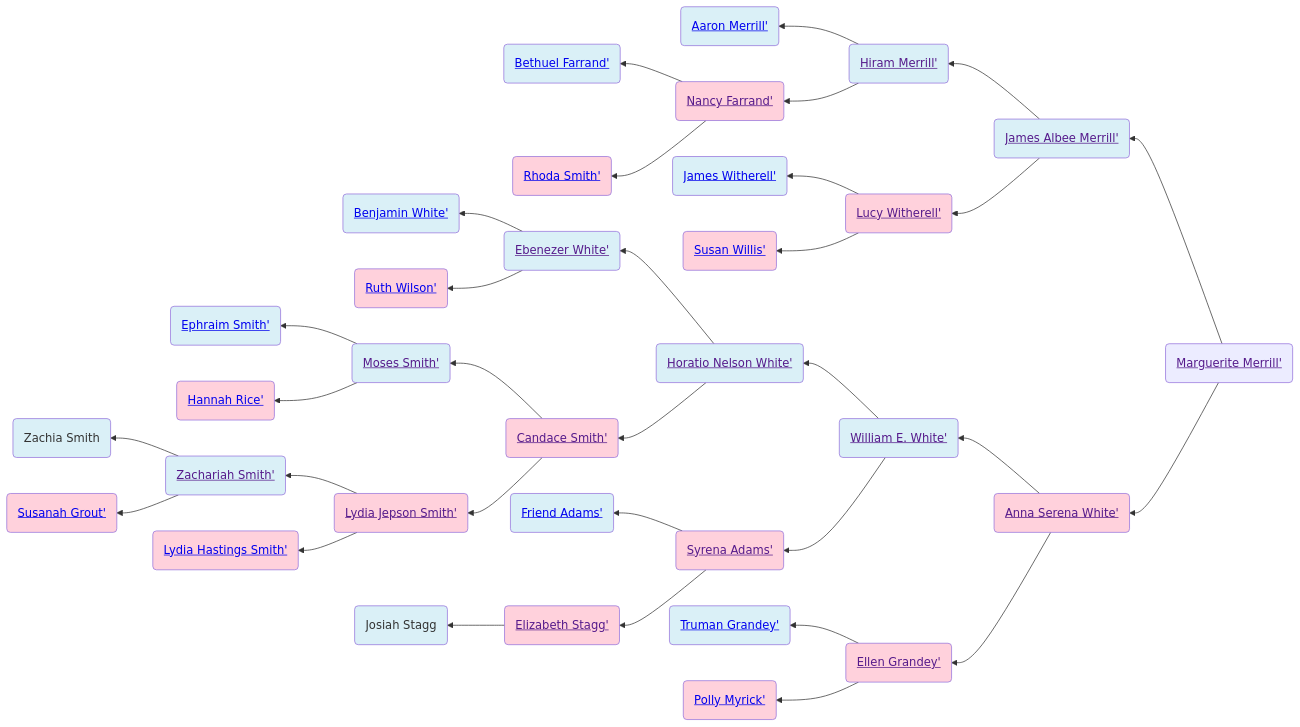
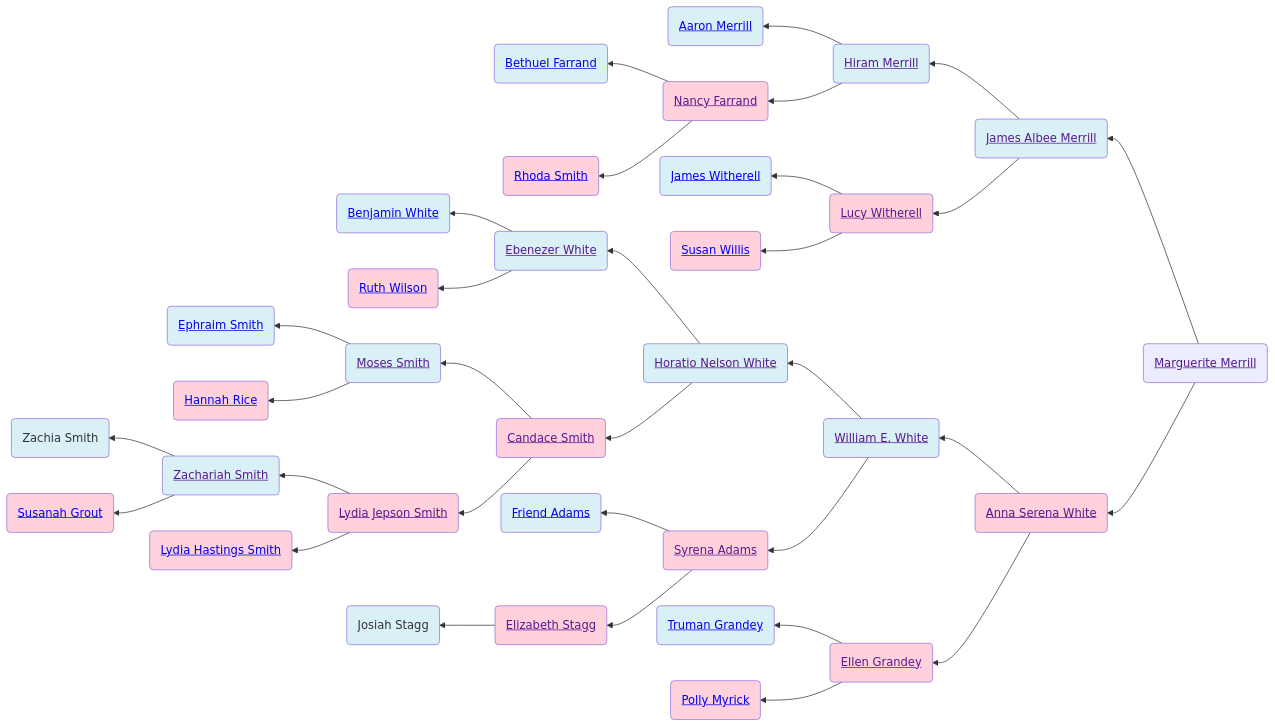
One commit to neelsmith/avocational changed the first of 2 diagrams in familyhistory/sources/people/Merrill-line/Marguerite_Merrill.qmd. Above: the diagram before and after it, drawn with Mermaid. The commit also changed other lines of this file and 96 other files, not shown here.

````diff
--- a/familyhistory/sources/people/Merrill-line/Marguerite_Merrill.qmd
+++ b/familyhistory/sources/people/Merrill-line/Marguerite_Merrill.qmd
@@ -26,70 +26,70 @@
 ```{mermaid}
 graph RL
 %% RL ancestor diagram
-Marguerite_Merrill(<a href=''>Marguerite Merrill'</>) -->  James_Albee_Merrill(<a href='./James_Albee_Merrill.html'>James Albee Merrill'</>)
-James_Albee_Merrill(<a href=''>James Albee Merrill'</>) -->  Hiram_Merrill(<a href='./Hiram_Merrill.html'>Hiram Merrill'</>)
-Hiram_Merrill(<a href=''>Hiram Merrill'</>) -->  Aaron_Merrill(<a href='./Aaron_Merrill.html'>Aaron Merrill'</>)
+Marguerite_Merrill(<a href=''>Marguerite Merrill</a>) -->  James_Albee_Merrill(<a href='./James_Albee_Merrill.html'>James Albee Merrill</a>)
+James_Albee_Merrill(<a href=''>James Albee Merrill</a>) -->  Hiram_Merrill(<a href='./Hiram_Merrill.html'>Hiram Merrill</a>)
+Hiram_Merrill(<a href=''>Hiram Merrill</a>) -->  Aaron_Merrill(<a href='./Aaron_Merrill.html'>Aaron Merrill</a>)
 class Aaron_Merrill father
-Hiram_Merrill(<a href=''>Hiram Merrill'</>)  --> Nancy_Farrand(<a href='./Nancy_Farrand.html'>Nancy Farrand'</>)
-Nancy_Farrand(<a href=''>Nancy Farrand'</>) -->  Bethuel_Farrand(<a href='./White-line/Grandey/Bethuel_Farrand.html'>Bethuel Farrand'</>)
+Hiram_Merrill(<a href=''>Hiram Merrill</a>)  --> Nancy_Farrand(<a href='./Nancy_Farrand.html'>Nancy Farrand</a>)
+Nancy_Farrand(<a href=''>Nancy Farrand</a>) -->  Bethuel_Farrand(<a href='./White-line/Grandey/Bethuel_Farrand.html'>Bethuel Farrand</a>)
 class Bethuel_Farrand father
-Nancy_Farrand(<a href=''>Nancy Farrand'</>)  --> Rhoda_Smith(<a href='./Rhoda_Smith.html'>Rhoda Smith'</>)
+Nancy_Farrand(<a href=''>Nancy Farrand</a>)  --> Rhoda_Smith(<a href='./Rhoda_Smith.html'>Rhoda Smith</a>)
 class Rhoda_Smith mother
 class Nancy_Farrand mother
 class Hiram_Merrill father
-James_Albee_Merrill(<a href=''>James Albee Merrill'</>)  --> Lucy_Witherell(<a href='./Lucy_Witherell.html'>Lucy Witherell'</>)
-Lucy_Witherell(<a href=''>Lucy Witherell'</>) -->  James_Witherell(<a href='./James_Witherell.html'>James Witherell'</>)
+James_Albee_Merrill(<a href=''>James Albee Merrill</a>)  --> Lucy_Witherell(<a href='./Lucy_Witherell.html'>Lucy Witherell</a>)
+Lucy_Witherell(<a href=''>Lucy Witherell</a>) -->  James_Witherell(<a href='./James_Witherell.html'>James Witherell</a>)
 class James_Witherell father
-Lucy_Witherell(<a href=''>Lucy Witherell'</>)  --> Susan_Willis(<a href='./Willis-line/Susan_Willis.html'>Susan Willis'</>)
+Lucy_Witherell(<a href=''>Lucy Witherell</a>)  --> Susan_Willis(<a href='./Willis-line/Susan_Willis.html'>Susan Willis</a>)
 class Susan_Willis mother
 class Lucy_Witherell mother
 class James_Albee_Merrill father
-Marguerite_Merrill(<a href=''>Marguerite Merrill'</>)  --> Anna_Serena_White(<a href='./White-line/Anna_Serena_White.html'>Anna Serena White'</>)
-Anna_Serena_White(<a href=''>Anna Serena White'</>) -->  William_E._White(<a href='./William_E._White.html'>William E. White'</>)
-William_E._White(<a href=''>William E. White'</>) -->  Horatio_Nelson_White(<a href='./Horatio_Nelson_White.html'>Horatio Nelson White'</>)
-Horatio_Nelson_White(<a href=''>Horatio Nelson White'</>) -->  Ebenezer_White(<a href='./Ebenezer_White.html'>Ebenezer White'</>)
-Ebenezer_White(<a href=''>Ebenezer White'</>) -->  Benjamin_White(<a href='./Benjamin_White.html'>Benjamin White'</>)
+Marguerite_Merrill(<a href=''>Marguerite Merrill</a>)  --> Anna_Serena_White(<a href='./White-line/Anna_Serena_White.html'>Anna Serena White</a>)
+Anna_Serena_White(<a href=''>Anna Serena White</a>) -->  William_E._White(<a href='./William_E._White.html'>William E. White</a>)
+William_E._White(<a href=''>William E. White</a>) -->  Horatio_Nelson_White(<a href='./Horatio_Nelson_White.html'>Horatio Nelson White</a>)
+Horatio_Nelson_White(<a href=''>Horatio Nelson White</a>) -->  Ebenezer_White(<a href='./Ebenezer_White.html'>Ebenezer White</a>)
+Ebenezer_White(<a href=''>Ebenezer White</a>) -->  Benjamin_White(<a href='./Benjamin_White.html'>Benjamin White</a>)
 class Benjamin_White father
-Ebenezer_White(<a href=''>Ebenezer White'</>)  --> Ruth_Wilson(<a href='./Wilson-line/Ruth_Wilson.html'>Ruth Wilson'</>)
+Ebenezer_White(<a href=''>Ebenezer White</a>)  --> Ruth_Wilson(<a href='./Wilson-line/Ruth_Wilson.html'>Ruth Wilson</a>)
 class Ruth_Wilson mother
 class Ebenezer_White father
-Horatio_Nelson_White(<a href=''>Horatio Nelson White'</>)  --> Candace_Smith(<a href='./Candace-Smith-line/Candace_Smith.html'>Candace Smith'</>)
-Candace_Smith(<a href=''>Candace Smith'</>) -->  Moses_Smith(<a href='./../../../Moses_Smith_connections/Moses_Smith.html'>Moses Smith'</>)
-Moses_Smith(<a href=''>Moses Smith'</>) -->  Ephraim_Smith(<a href='./../Merrill-line/White-line/Candace-Smith-line/Ephraim_Smith.html'>Ephraim Smith'</>)
+Horatio_Nelson_White(<a href=''>Horatio Nelson White</a>)  --> Candace_Smith(<a href='./Candace-Smith-line/Candace_Smith.html'>Candace Smith</a>)
+Candace_Smith(<a href=''>Candace Smith</a>) -->  Moses_Smith(<a href='./../../../Moses_Smith_connections/Moses_Smith.html'>Moses Smith</a>)
+Moses_Smith(<a href=''>Moses Smith</a>) -->  Ephraim_Smith(<a href='./../Merrill-line/White-line/Candace-Smith-line/Ephraim_Smith.html'>Ephraim Smith</a>)
 class Ephraim_Smith father
-Moses_Smith(<a href=''>Moses Smith'</>)  --> Hannah_Rice(<a href='./../Merrill-line/White-line/Candace-Smith-line/Hannah_Rice.html'>Hannah Rice'</>)
+Moses_Smith(<a href=''>Moses Smith</a>)  --> Hannah_Rice(<a href='./../Merrill-line/White-line/Candace-Smith-line/Hannah_Rice.html'>Hannah Rice</a>)
 class Hannah_Rice mother
 class Moses_Smith father
-Candace_Smith(<a href=''>Candace Smith'</>)  --> Lydia_Jepson_Smith(<a href='./Lydia_Jepson_Smith.html'>Lydia Jepson Smith'</>)
-Lydia_Jepson_Smith(<a href=''>Lydia Jepson Smith'</>) -->  Zachariah_Smith(<a href='./Zachariah_Smith.html'>Zachariah Smith'</>)
-Zachariah_Smith(<a href=''>Zachariah Smith'</>) -->  Zachia_Smith(Zachia Smith)
+Candace_Smith(<a href=''>Candace Smith</a>)  --> Lydia_Jepson_Smith(<a href='./Lydia_Jepson_Smith.html'>Lydia Jepson Smith</a>)
+Lydia_Jepson_Smith(<a href=''>Lydia Jepson Smith</a>) -->  Zachariah_Smith(<a href='./Zachariah_Smith.html'>Zachariah Smith</a>)
+Zachariah_Smith(<a href=''>Zachariah Smith</a>) -->  Zachia_Smith(Zachia Smith)
 class Zachia_Smith father
-Zachariah_Smith(<a href=''>Zachariah Smith'</>)  --> Susanah_Grout(<a href='./../../Susanah_Grout.html'>Susanah Grout'</>)
+Zachariah_Smith(<a href=''>Zachariah Smith</a>)  --> Susanah_Grout(<a href='./../../Susanah_Grout.html'>Susanah Grout</a>)
 class Susanah_Grout mother
 class Zachariah_Smith father
-Lydia_Jepson_Smith(<a href=''>Lydia Jepson Smith'</>)  --> Lydia_Hastings_Smith(<a href='./Lydia_Hastings_Smith.html'>Lydia Hastings Smith'</>)
+Lydia_Jepson_Smith(<a href=''>Lydia Jepson Smith</a>)  --> Lydia_Hastings_Smith(<a href='./Lydia_Hastings_Smith.html'>Lydia Hastings Smith</a>)
 class Lydia_Hastings_Smith mother
 class Lydia_Jepson_Smith mother
 class Candace_Smith mother
 class Horatio_Nelson_White father
-William_E._White(<a href=''>William E. White'</>)  --> Syrena_Adams(<a href='./Syrena_Adams.html'>Syrena Adams'</>)
-Syrena_Adams(<a href=''>Syrena Adams'</>) -->  Friend_Adams(<a href='./Friend_Adams.html'>Friend Adams'</>)
+William_E._White(<a href=''>William E. White</a>)  --> Syrena_Adams(<a href='./Syrena_Adams.html'>Syrena Adams</a>)
+Syrena_Adams(<a href=''>Syrena Adams</a>) -->  Friend_Adams(<a href='./Friend_Adams.html'>Friend Adams</a>)
 class Friend_Adams father
-Syrena_Adams(<a href=''>Syrena Adams'</>)  --> Elizabeth_Stagg(<a href='./Elizabeth_Stagg.html'>Elizabeth Stagg'</>)
-Elizabeth_Stagg(<a href=''>Elizabeth Stagg'</>) -->  Josiah_Stagg(Josiah Stagg)
+Syrena_Adams(<a href=''>Syrena Adams</a>)  --> Elizabeth_Stagg(<a href='./Elizabeth_Stagg.html'>Elizabeth Stagg</a>)
+Elizabeth_Stagg(<a href=''>Elizabeth Stagg</a>) -->  Josiah_Stagg(Josiah Stagg)
 class Josiah_Stagg father
 class Elizabeth_Stagg mother
 class Syrena_Adams mother
 class William_E._White father
-Anna_Serena_White(<a href=''>Anna Serena White'</>)  --> Ellen_Grandey(<a href='./../Grandey-line/Ellen_Grandey.html'>Ellen Grandey'</>)
-Ellen_Grandey(<a href=''>Ellen Grandey'</>) -->  Truman_Grandey(<a href='./Truman_Grandey.html'>Truman Grandey'</>)
+Anna_Serena_White(<a href=''>Anna Serena White</a>)  --> Ellen_Grandey(<a href='./../Grandey-line/Ellen_Grandey.html'>Ellen Grandey</a>)
+Ellen_Grandey(<a href=''>Ellen Grandey</a>) -->  Truman_Grandey(<a href='./Truman_Grandey.html'>Truman Grandey</a>)
 class Truman_Grandey father
-Ellen_Grandey(<a href=''>Ellen Grandey'</>)  --> Polly_Myrick(<a href='./../White-line/Grandey/Polly_Myrick.html'>Polly Myrick'</>)
+Ellen_Grandey(<a href=''>Ellen Grandey</a>)  --> Polly_Myrick(<a href='./../White-line/Grandey/Polly_Myrick.html'>Polly Myrick</a>)
 class Polly_Myrick mother
 class Ellen_Grandey mother
 class Anna_Serena_White mother
 classDef mother fill:#ffd1dc
 classDef father fill:#daf0f7  
 classDef marriage fill:#ffffff
 
 ```
````
